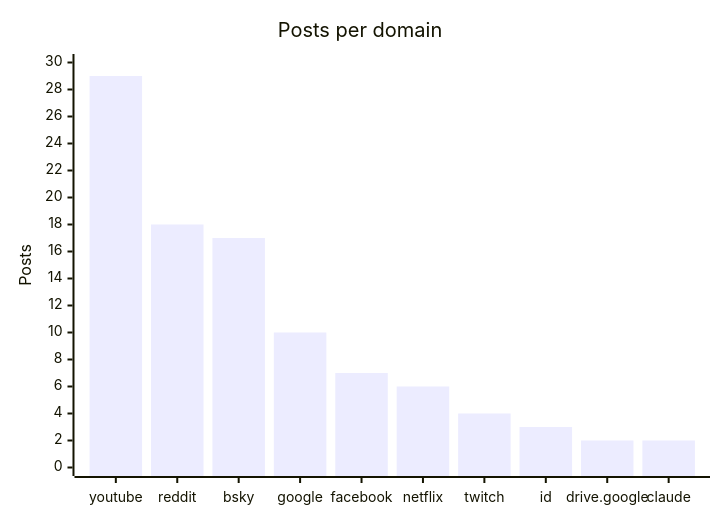
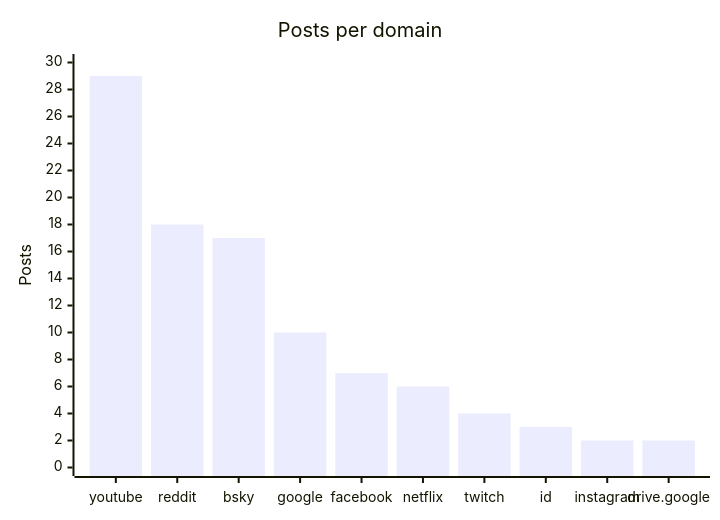
One commit to martinbalfanz/social-scanner-reports changed the fourth of 4 diagrams in README.md. Above: the diagram before and after it, drawn with Mermaid. The commit also changed other lines of this file and 4 other files, not shown here.

````diff
--- a/README.md
+++ b/README.md
@@ -58,7 +58,7 @@
 ```mermaid
 xychart-beta
     title "Posts per domain"
-    x-axis ["youtube", "reddit", "bsky", "google", "facebook", "netflix", "twitch", "id", "drive.google", "claude"]
+    x-axis ["youtube", "reddit", "bsky", "google", "facebook", "netflix", "twitch", "id", "instagram", "drive.google"]
     y-axis "Posts" 0 --> 30
     bar [29, 18, 17, 10, 7, 6, 4, 3, 2, 2]
 ```
````
